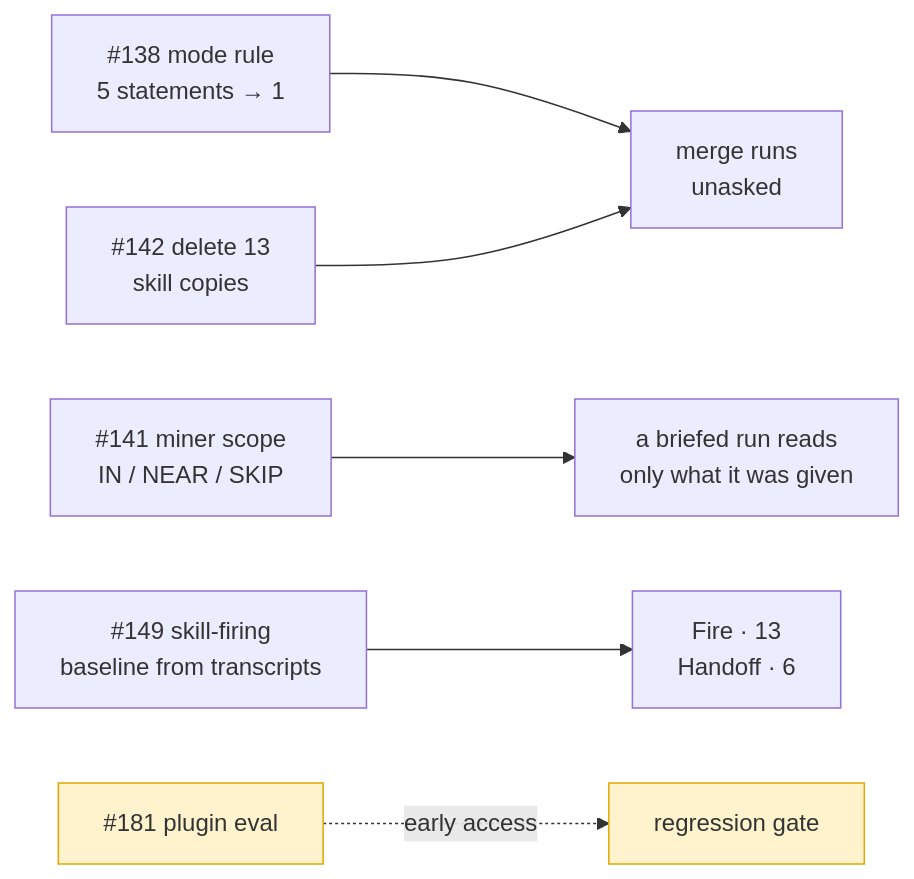
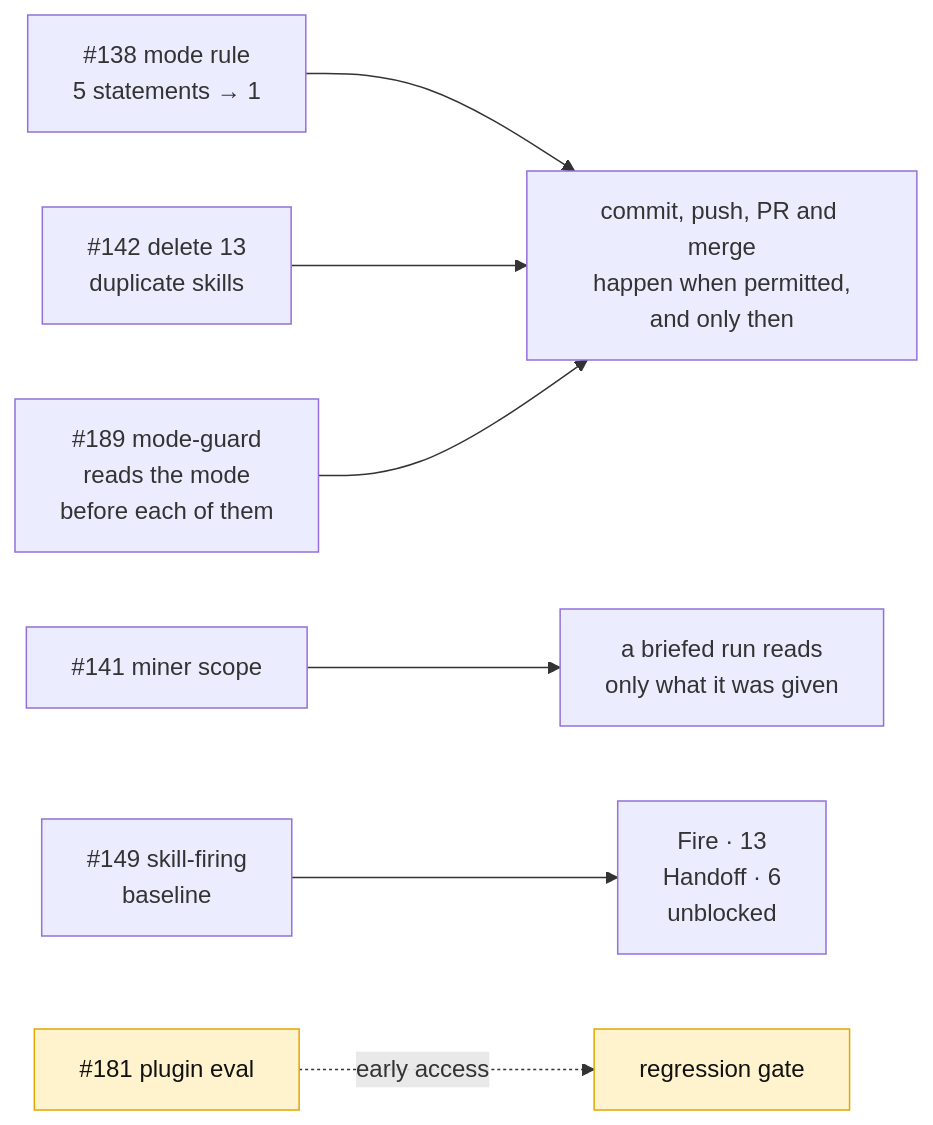
Before and after one commit to Calyx-Engineering/arc: the third of 3 diagrams in docs/arc-log/arc-04-dogfood.md, drawn with Mermaid. The commit also changed other lines of this file and 3 other files, not shown here.

````diff
--- a/docs/arc-log/arc-04-dogfood.md
+++ b/docs/arc-log/arc-04-dogfood.md
@@ -205,9 +250,10 @@
 ```mermaid
 flowchart LR
-    A["#138 mode rule<br/>5 statements → 1"] --> M["merge runs<br/>unasked"]
-    B["#142 delete 13<br/>skill copies"] --> M
-    C["#141 miner scope<br/>IN / NEAR / SKIP"] --> D["a briefed run reads<br/>only what it was given"]
-    G["#149 skill-firing<br/>baseline from transcripts"] --> H["Fire · 13<br/>Handoff · 6"]
+    A["#138 mode rule<br/>5 statements → 1"] --> M["commit, push, PR and merge<br/>happen when permitted,<br/>and only then"]
+    B["#142 delete 13<br/>duplicate skills"] --> M
+    N["#189 mode-guard<br/>reads the mode<br/>before each of them"] --> M
+    C["#141 miner scope"] --> D["a briefed run reads<br/>only what it was given"]
+    G["#149 skill-firing<br/>baseline"] --> H["Fire · 13<br/>Handoff · 6<br/>unblocked"]
     E["#181 plugin eval"]:::blocked -.->|"early access"| I["regression gate"]:::blocked
-    classDef blocked fill:#fff3cd,stroke:#e0a800
+    classDef blocked fill:#fff3cd,stroke:#e0a800,color:#111
 ```
````
